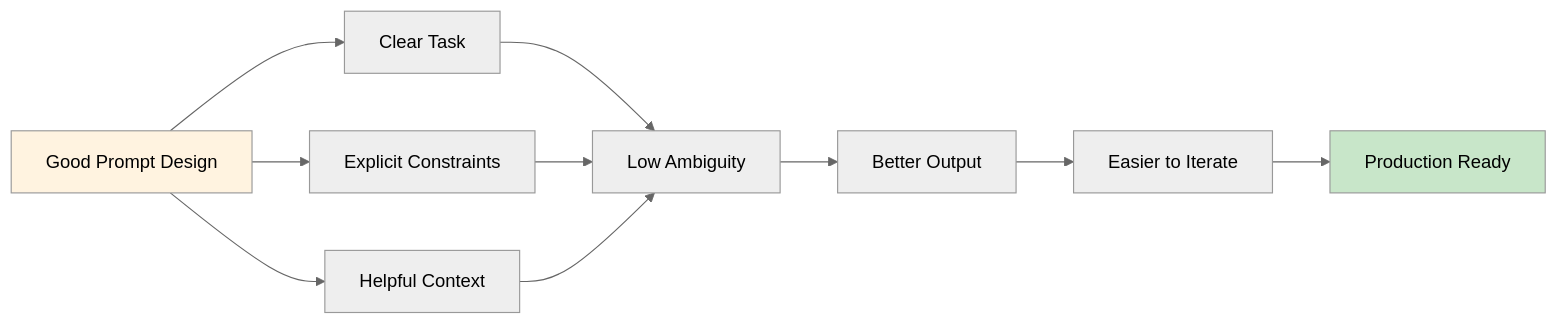
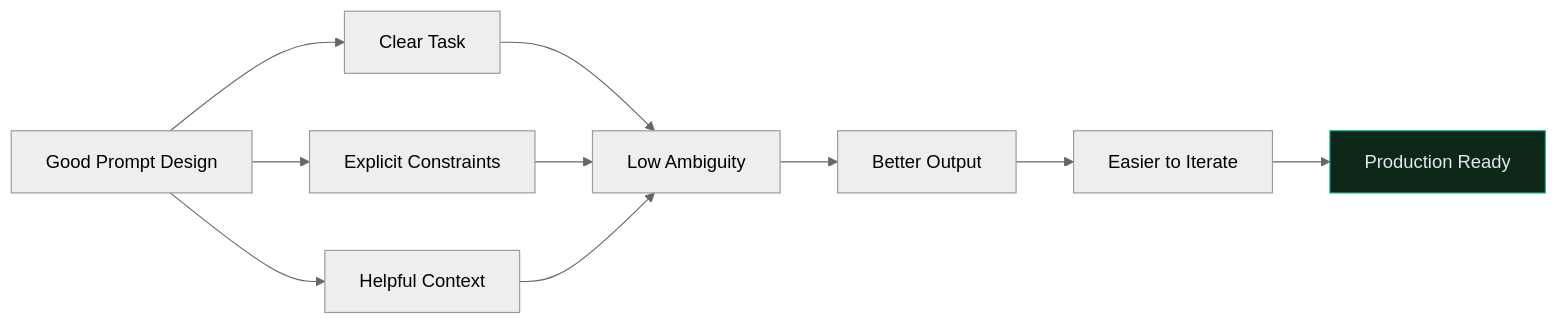
One commit to CagriCatik/claude-ollama-coder changed the sixth of 9 diagrams in docs/03_AI-Fluency-Framework-Foundations.md. Above: the diagram before and after it, drawn with Mermaid (neutral theme). The commit also changed other lines of this file and 16 other files, not shown here.

````diff
--- a/docs/03_AI-Fluency-Framework-Foundations.md
+++ b/docs/03_AI-Fluency-Framework-Foundations.md
@@ -262,17 +254,16 @@
 ```mermaid
 graph LR
     A["Good Prompt Design"] --> B["Clear Task"]
     A --> C["Explicit Constraints"]
     A --> D["Helpful Context"]
     
     B --> E["Low Ambiguity"]
     C --> E
     D --> E
     
     E --> F["Better Output"]
     F --> G["Easier to Iterate"]
     G --> H["Production Ready"]
     
-    style A fill:#fff3e0
-    style H fill:#c8e6c9
+    style H fill:#0d2718,stroke:#00a67e,color:#e2e8f0
 ```
````
